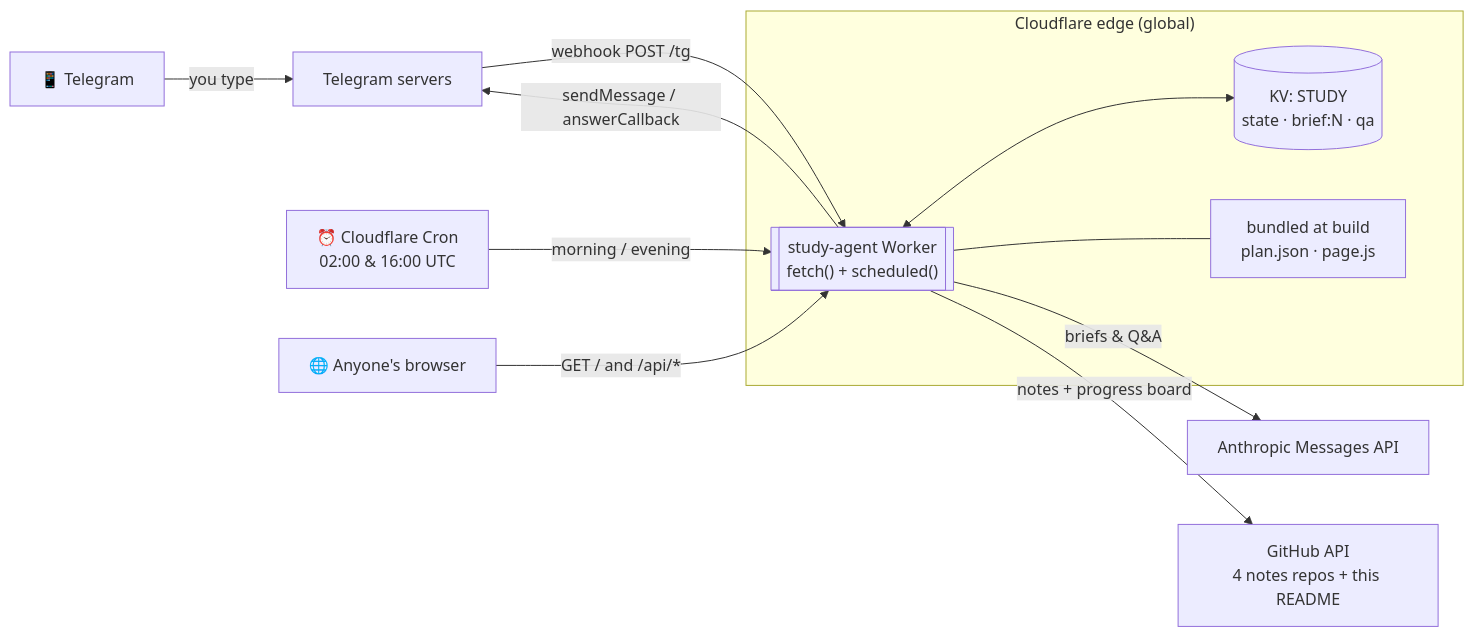
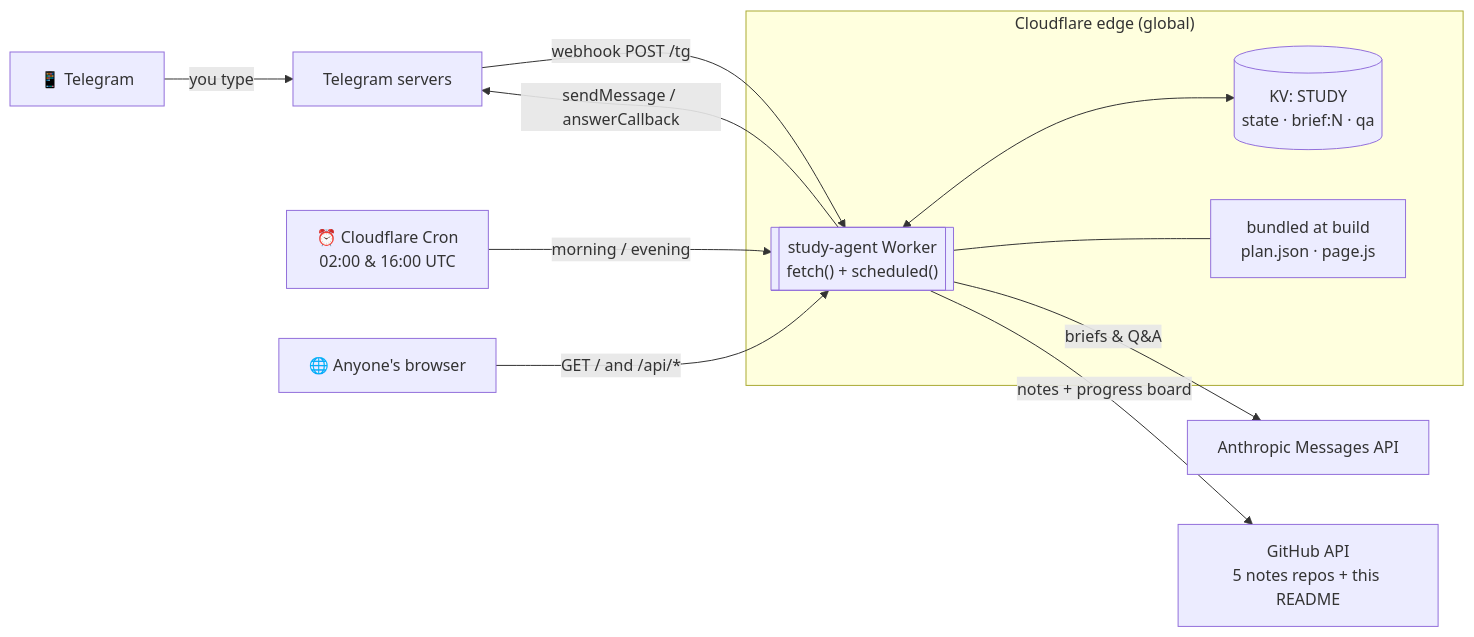
Before and after one commit to astroboy1183/study-agent: the first of 2 diagrams in README.md, drawn with Mermaid. The commit also changed other lines of this file and 5 other files, not shown here.

````diff
--- a/README.md
+++ b/README.md
@@ -162,22 +164,22 @@
 ```mermaid
 flowchart LR
   phone["📱 Telegram"] -->|you type| TG["Telegram servers"]
   Cron["⏰ Cloudflare Cron<br/>02:00 &amp; 16:00 UTC"]
   Browser["🌐 Anyone's browser"]
 
   subgraph Edge["Cloudflare edge (global)"]
     W[["study-agent Worker<br/>fetch() + scheduled()"]]
     KV[("KV: STUDY<br/>state · brief:N · qa")]
     Bundle["bundled at build<br/>plan.json · page.js"]
     W <--> KV
     W --- Bundle
   end
 
   TG -->|"webhook POST /tg"| W
   Cron -->|"morning / evening"| W
   Browser -->|"GET / and /api/*"| W
 
   W -->|"briefs &amp; Q&amp;A"| ANT["Anthropic Messages API"]
-  W -->|"notes + progress board"| GH["GitHub API<br/>4 notes repos + this README"]
+  W -->|"notes + progress board"| GH["GitHub API<br/>5 notes repos + this README"]
   W -->|"sendMessage / answerCallback"| TG
 ```
````
